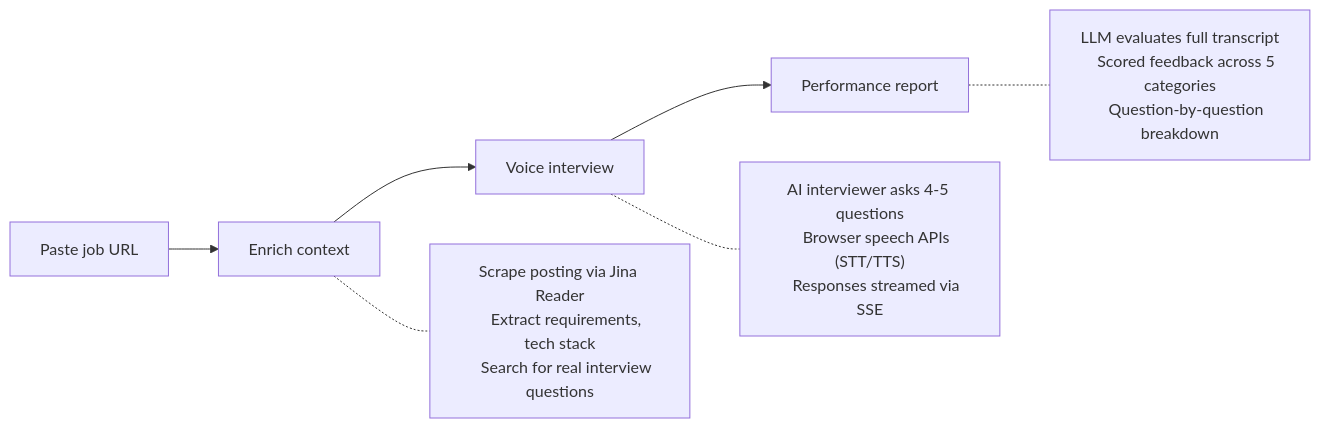
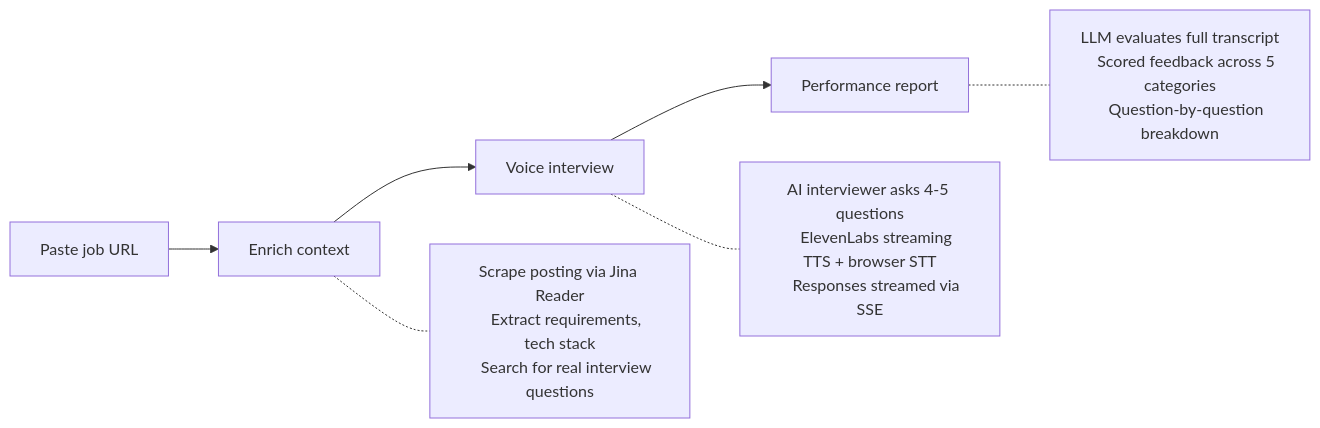
The diagram in README.md (saif0200/interview.me), drawn with Mermaid before and after one commit. The commit also changed other lines of this file, not shown here.

Commit message:
Update README to reflect ElevenLabs TTS integration and API key configuration

````diff
--- a/README.md
+++ b/README.md
@@ -9,18 +9,18 @@
 ```mermaid
 flowchart LR
     A["Paste job URL"] --> B["Enrich context"]
     B --> C["Voice interview"]
     C --> D["Performance report"]
 
     B -.- B1["Scrape posting via Jina Reader
     Extract requirements, tech stack
     Search for real interview questions"]
 
     C -.- C1["AI interviewer asks 4-5 questions
-    Browser speech APIs (STT/TTS)
+    ElevenLabs streaming TTS + browser STT
     Responses streamed via SSE"]
 
     D -.- D1["LLM evaluates full transcript
     Scored feedback across 5 categories
     Question-by-question breakdown"]
 ```
````
